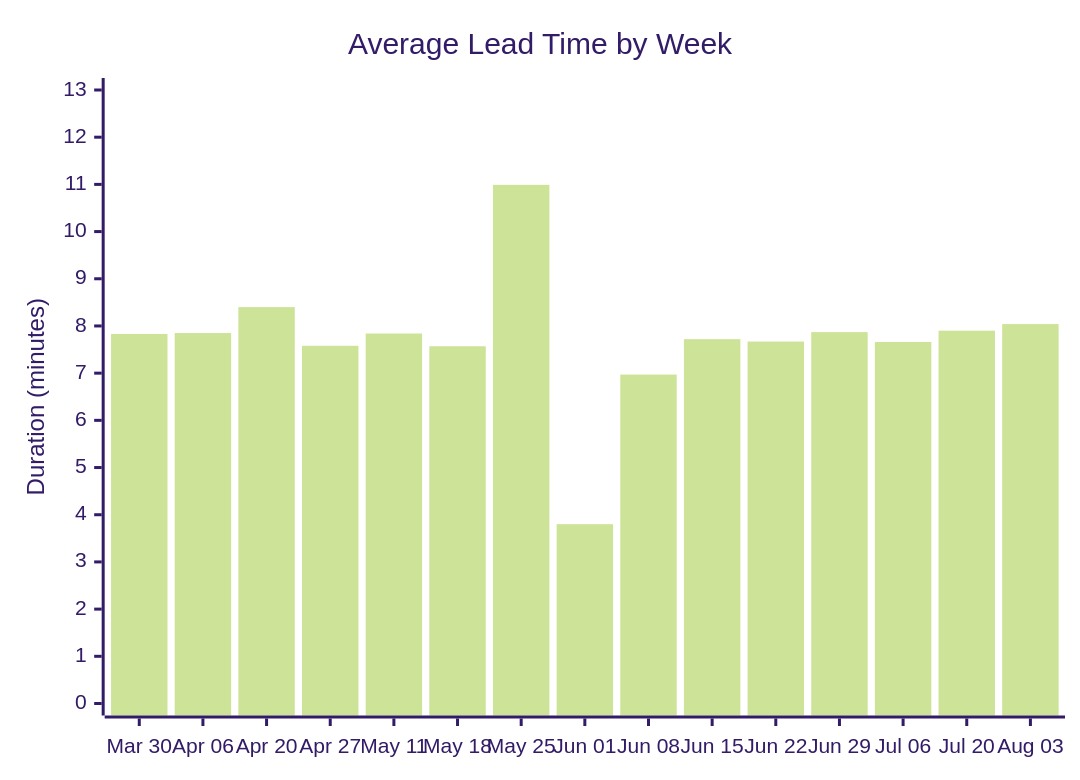
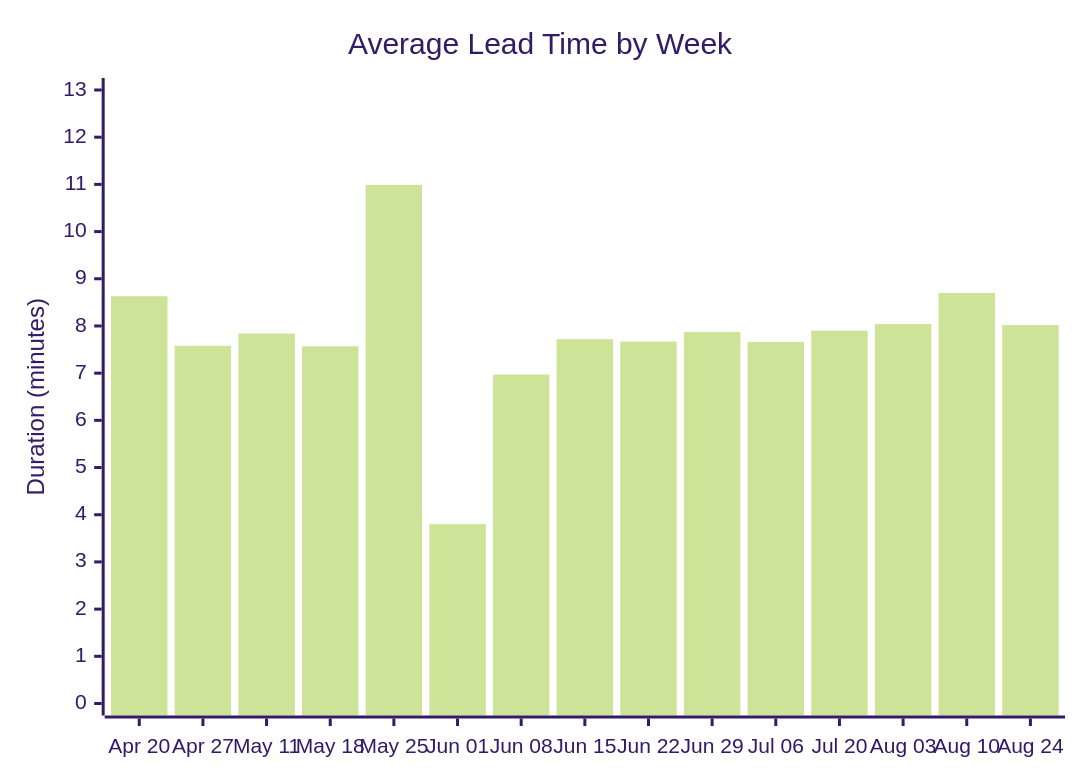
One commit to ukma-cs-ssdm-2025/rate-ukma changed the second of 4 diagrams in docs/ci-cd/dora-summary.md. Above: the diagram before and after it, drawn with Mermaid (forest theme). The commit also changed other lines of this file, not shown here.

````diff
--- a/docs/ci-cd/dora-summary.md
+++ b/docs/ci-cd/dora-summary.md
@@ -29,7 +29,7 @@
 ```mermaid
 xychart-beta
     title "Average Lead Time by Week"
-    x-axis ["Mar 30", "Apr 06", "Apr 20", "Apr 27", "May 11", "May 18", "May 25", "Jun 01", "Jun 08", "Jun 15", "Jun 22", "Jun 29", "Jul 06", "Jul 20", "Aug 03"]
+    x-axis ["Apr 20", "Apr 27", "May 11", "May 18", "May 25", "Jun 01", "Jun 08", "Jun 15", "Jun 22", "Jun 29", "Jul 06", "Jul 20", "Aug 03", "Aug 10", "Aug 24"]
     y-axis "Duration (minutes)" 0 --> 13
-    bar [7.83, 7.85, 8.40, 7.58, 7.84, 7.57, 10.99, 3.80, 6.97, 7.72, 7.67, 7.87, 7.66, 7.90, 8.04]
+    bar [8.63, 7.58, 7.84, 7.57, 10.99, 3.80, 6.97, 7.72, 7.67, 7.87, 7.66, 7.90, 8.04, 8.70, 8.02]
 ```
````
